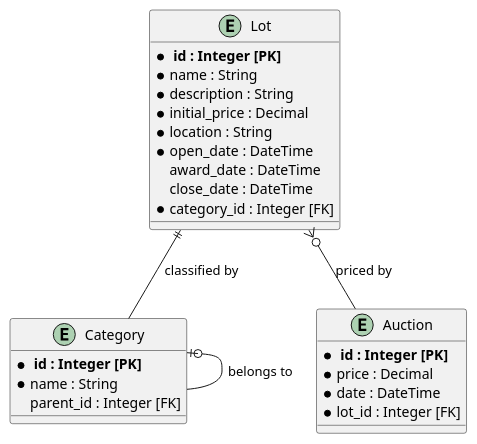
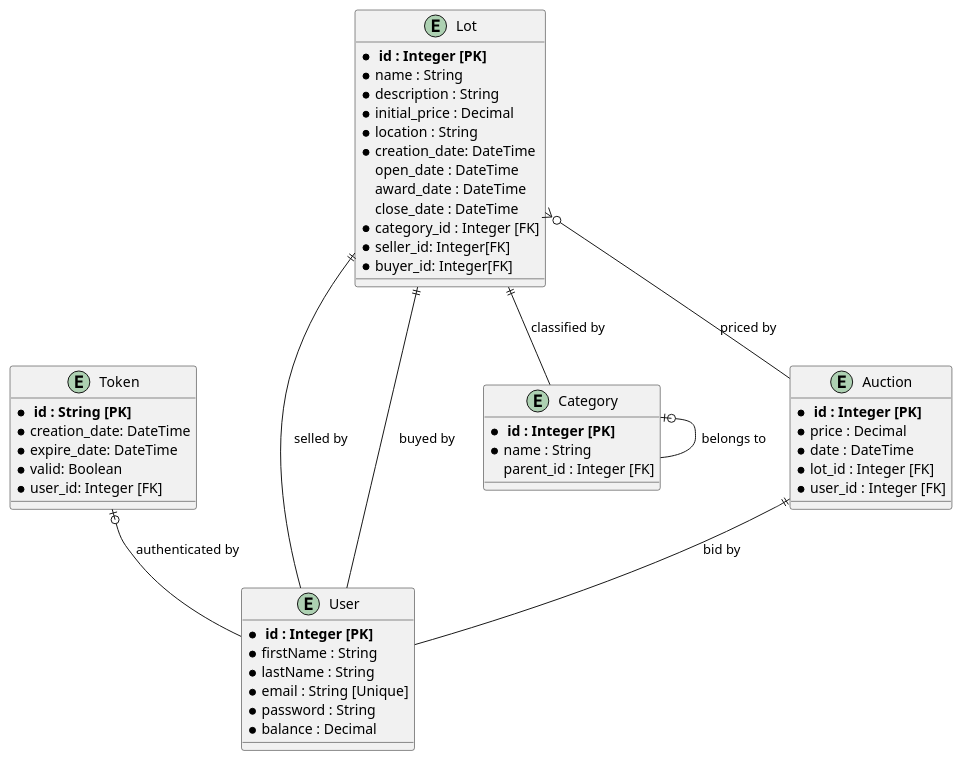
The diagram in docs/mld.puml (ETML-ES-LABEFE-MANUEL-THEO/BACKEND), drawn with PlantUML before and after one commit. The commit also changed 2 other files, not shown here.

Commit message:
docs: auth and user implementation diagrams

```diff
--- a/docs/mld.puml
+++ b/docs/mld.puml
@@ -1,31 +1,55 @@
  @startuml
+
+entity User {
+    * ** id : Integer [PK] **
+    * firstName : String
+    * lastName : String
+    * email : String [Unique]
+    * password : String
+    * balance : Decimal
+}
+
+entity Token {
+    * ** id : String [PK] **
+    * creation_date: DateTime
+    * expire_date: DateTime
+    * valid: Boolean
+    * user_id: Integer [FK]
+}
+Token |o-- User : authenticated by
 
 entity Category {
     * ** id : Integer [PK] **
     * name : String
     parent_id : Integer [FK]
 }
 Category |o-- Category : belongs to
 
 entity Lot {
     * ** id : Integer [PK] **
     * name : String
     * description : String
     * initial_price : Decimal
     * location : String
-    * open_date : DateTime
+    * creation_date: DateTime
+    open_date : DateTime
     award_date : DateTime
     close_date : DateTime
     * category_id : Integer [FK]
+    * seller_id: Integer[FK]
+    * buyer_id: Integer[FK]
 }
 Lot ||-- Category : classified by
+Lot ||-- User : selled by
+Lot ||-- User : buyed by
 
 entity Auction {
     * ** id : Integer [PK] **
     * price : Decimal
     * date : DateTime
     * lot_id : Integer [FK]
+    * user_id : Integer [FK]
 }
 Lot }o-- Auction : priced by
-
+Auction ||-- User : bid by
 @enduml
```
